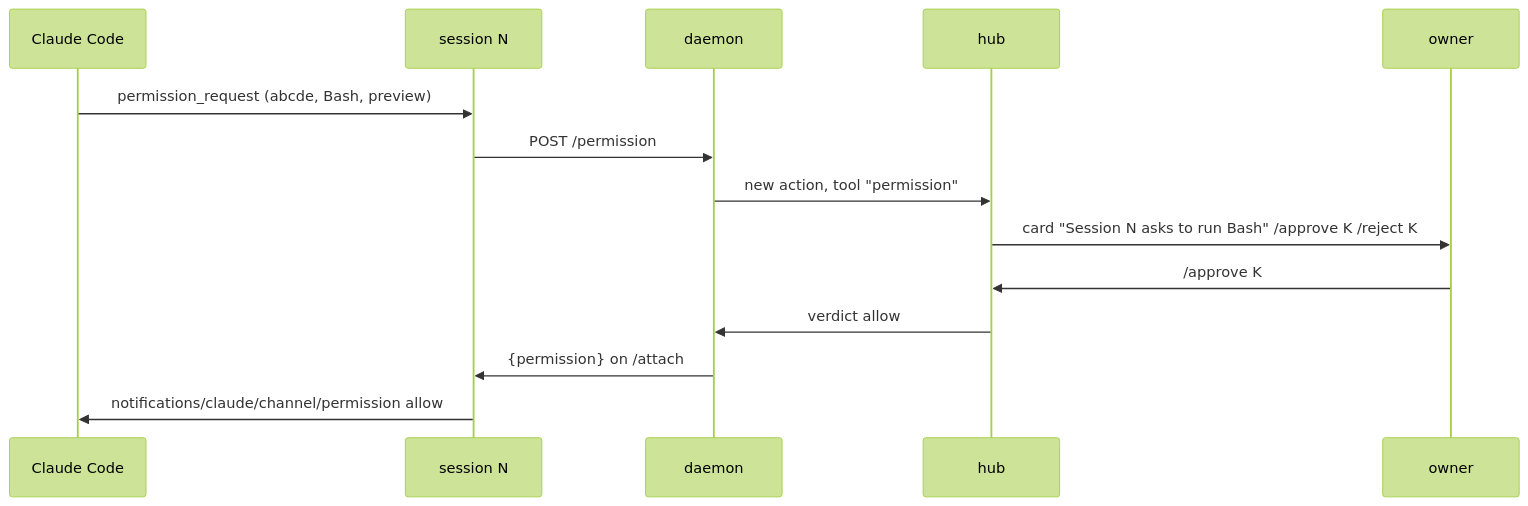
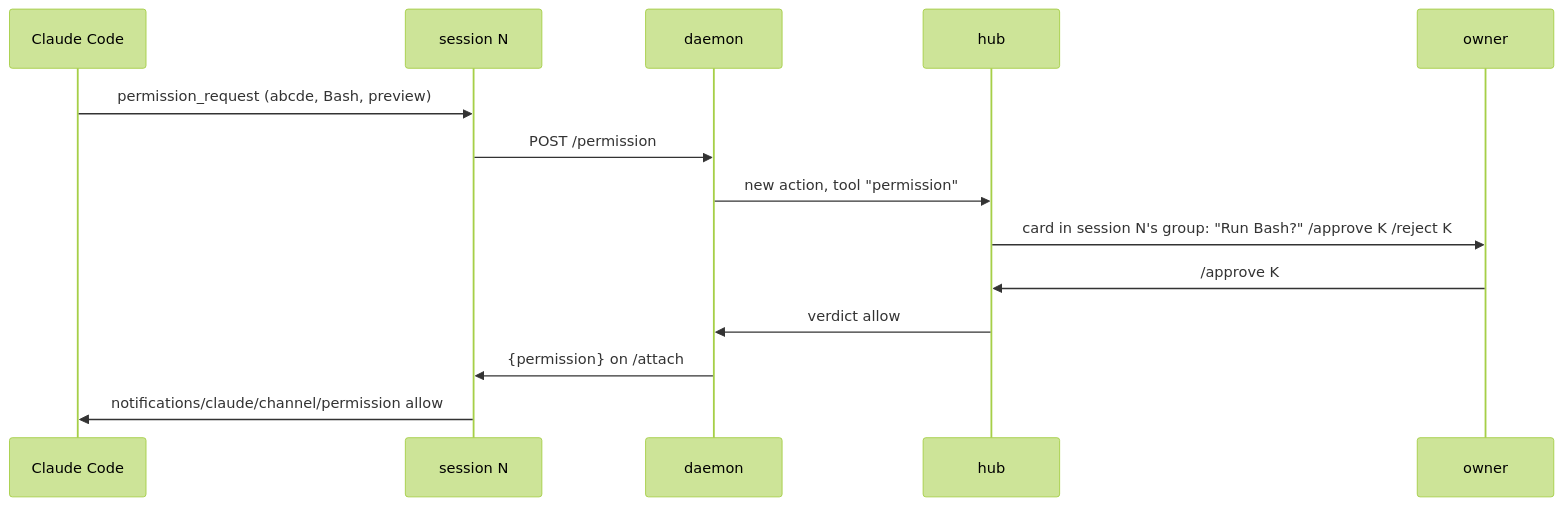
One commit to simplex-chat/simplex-chat changed the fourth of 5 diagrams in plans/2026-11-07-mcp-claude-code-channel.md. Above: the diagram before and after it, drawn with Mermaid (forest theme). The commit also changed other lines of this file, not shown here.

Commit message:
docs: MCP plan, a group per session

````diff
--- a/plans/2026-11-07-mcp-claude-code-channel.md
+++ b/plans/2026-11-07-mcp-claude-code-channel.md
@@ -151,16 +196,16 @@
 ```mermaid
 sequenceDiagram
   participant C as Claude Code
   participant S as session N
   participant D as daemon
   participant H as hub
   participant O as owner
   C->>S: permission_request (abcde, Bash, preview)
   S->>D: POST /permission
   D->>H: new action, tool "permission"
-  H->>O: card "Session N asks to run Bash" /approve K /reject K
+  H->>O: card in session N's group: "Run Bash?" /approve K /reject K
   O->>H: /approve K
   H->>D: verdict allow
   D->>S: {permission} on /attach
   S->>C: notifications/claude/channel/permission allow
 ```
````
